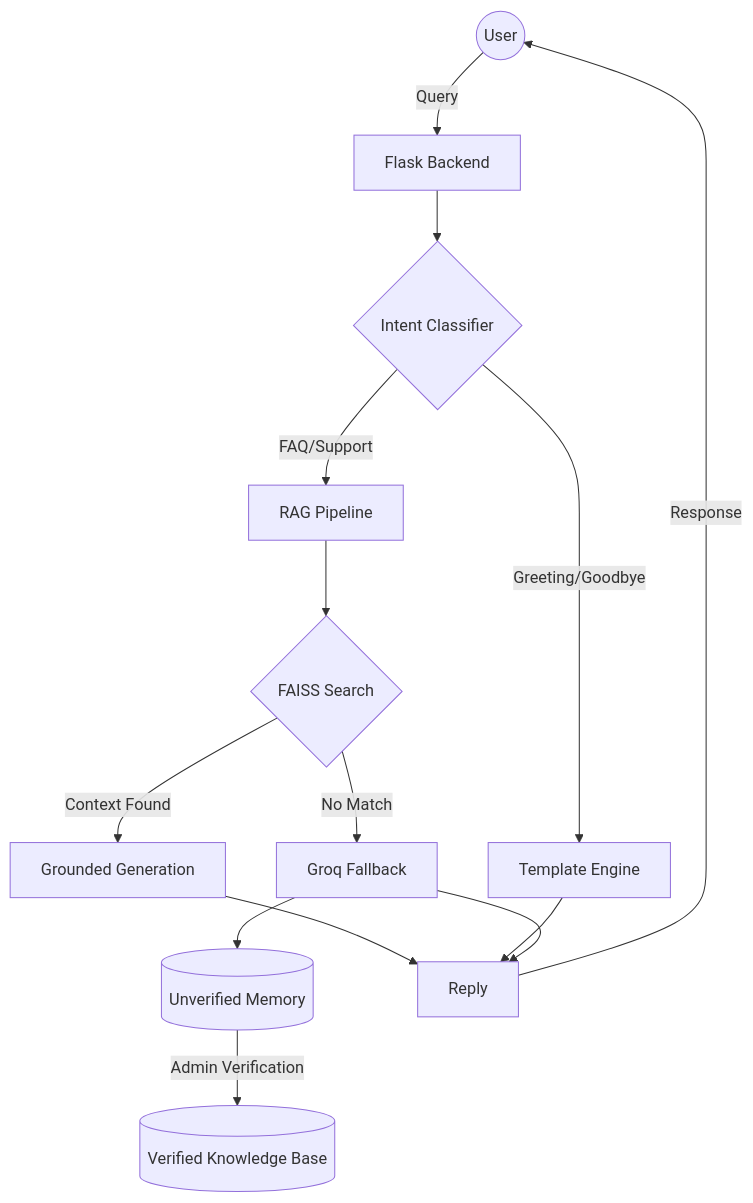
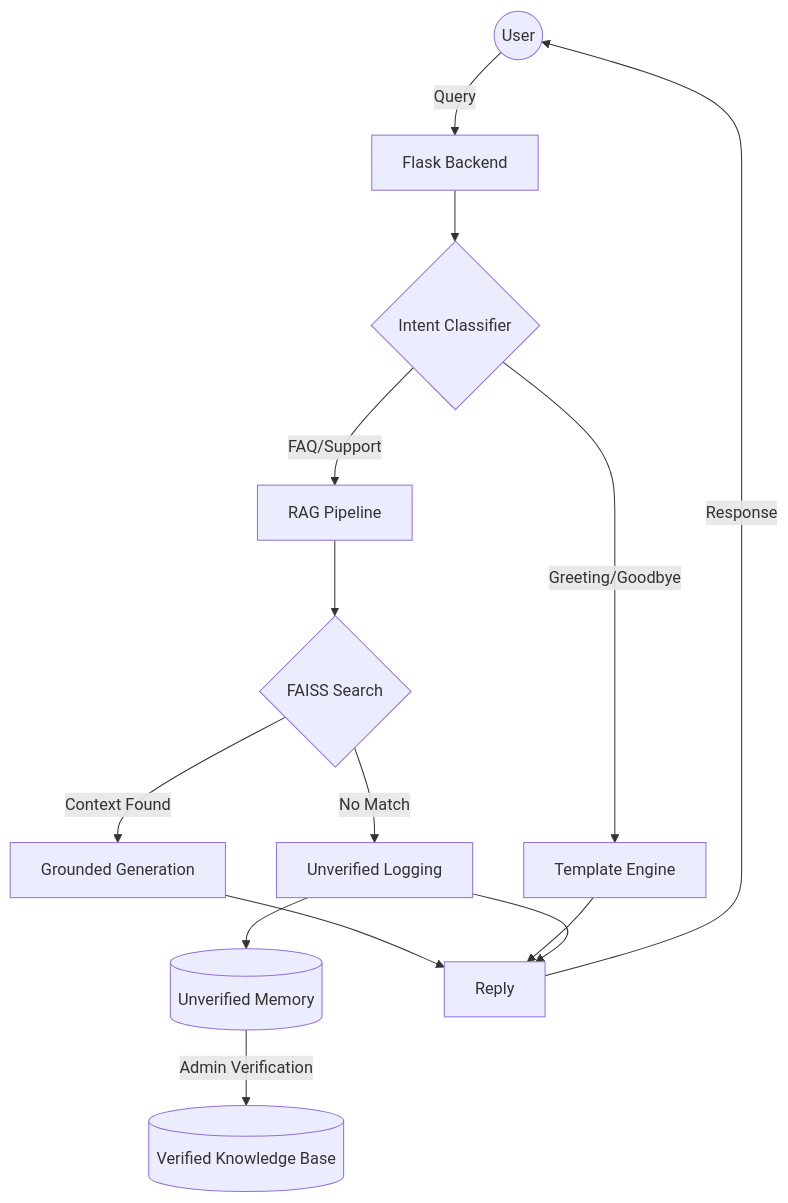
The diagram in README.md (Ruzin413/RAG-CustomerCareBot), drawn with Mermaid before and after one commit. The commit also changed other lines of this file, not shown here.

````diff
--- a/README.md
+++ b/README.md
@@ -28,19 +28,19 @@
 ```mermaid
 graph TD
     User((User)) -->|Query| API[Flask Backend]
     API --> Intent{Intent Classifier}
     Intent -->|Greeting/Goodbye| Template[Template Engine]
     Intent -->|FAQ/Support| RAG[RAG Pipeline]
     
     RAG --> Search{FAISS Search}
     Search -->|Context Found| Gen[Grounded Generation]
-    Search -->|No Match| Fallback[Groq Fallback]
+    Search -->|No Match| Fallback[Unverified Logging]
     
     Fallback --> Memory[(Unverified Memory)]
     Memory -->|Admin Verification| KB[(Verified Knowledge Base)]
     
     Gen --> Reply
     Template --> Reply
     Fallback --> Reply
     Reply -->|Response| User
 ```
````
